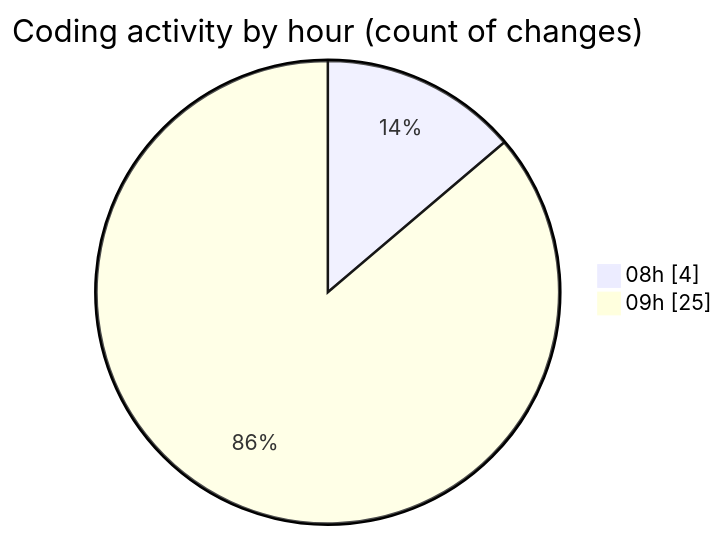
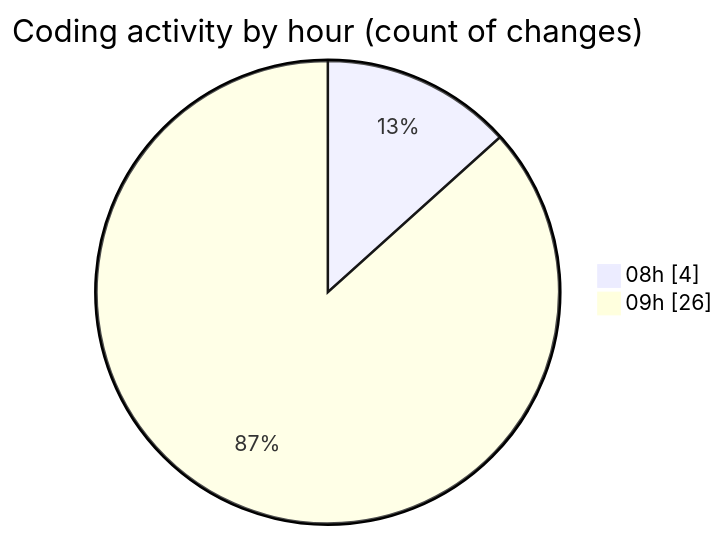
Before and after one commit to becaeroporto-bot/code-tracking: the second of 2 diagrams in 2026-02-19/bot_v1_2/README.md, drawn with Mermaid. The commit also changed other lines of this file and 1 other file, not shown here.

````diff
--- a/2026-02-19/bot_v1_2/README.md
+++ b/2026-02-19/bot_v1_2/README.md
@@ -34,6 +34,6 @@
 ```mermaid
 pie showData
 title Coding activity by hour (count of changes)
 "08h" : 4
-"09h" : 25
+"09h" : 26
 ```
````
